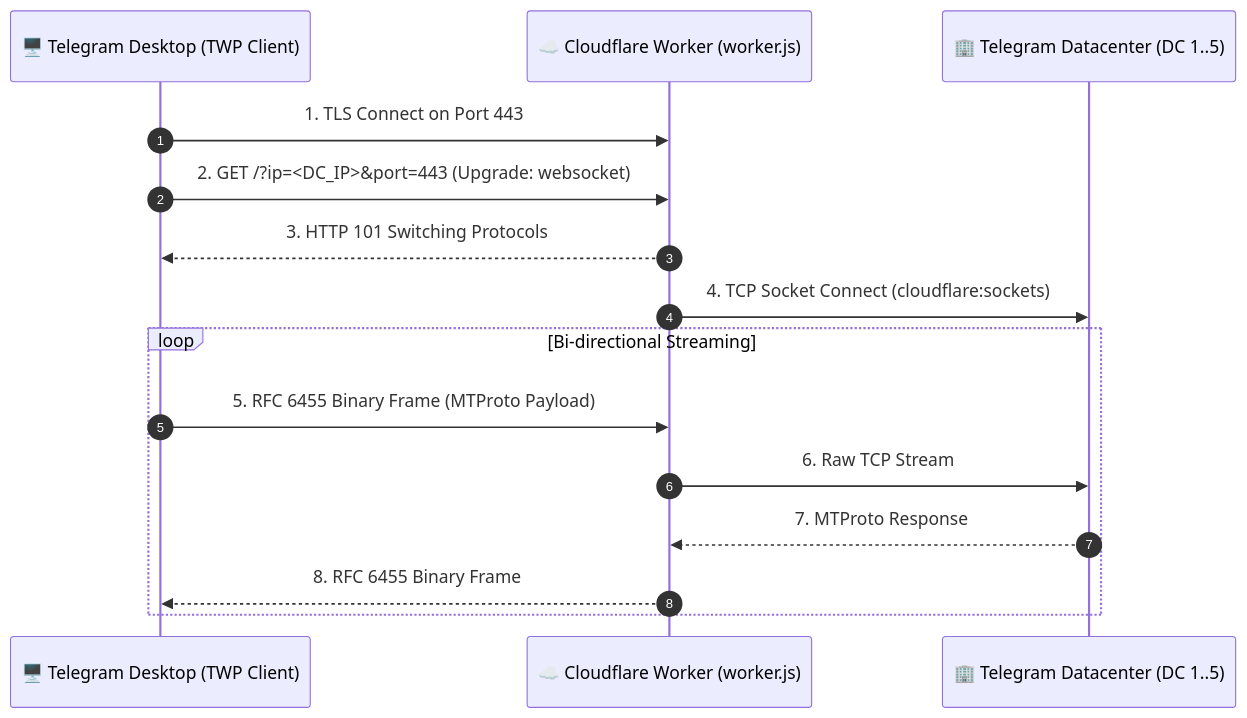
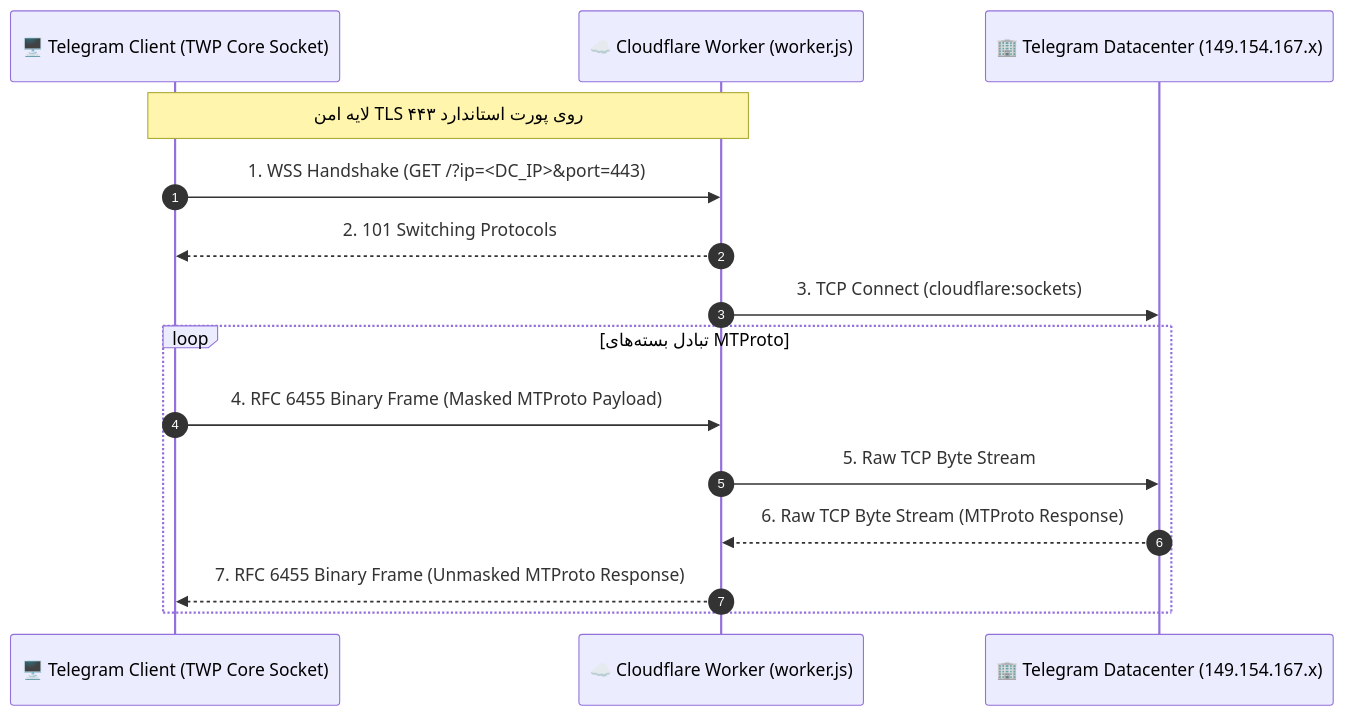
One commit to Qorvhex/TWP changed the diagram in README.md. Above: the diagram before and after it, drawn with Mermaid. The commit also changed other lines of this file, not shown here.

````diff
--- a/README.md
+++ b/README.md
@@ -33,18 +41,19 @@
 ```mermaid
 sequenceDiagram
     autonumber
-    participant Client as 🖥️ Telegram Desktop (TWP Client)
-    participant Cloudflare as ☁️ Cloudflare Worker (worker.js)
-    participant DC as 🏢 Telegram Datacenter (DC 1..5)
+    participant Client as 🖥️ Telegram Client (TWP Core Socket)
+    participant Worker as ☁️ Cloudflare Worker (worker.js)
+    participant DC as 🏢 Telegram Datacenter (149.154.167.x)
 
-    Client->>Cloudflare: 1. TLS Connect on Port 443
-    Client->>Cloudflare: 2. GET /?ip=<DC_IP>&port=443 (Upgrade: websocket)
-    Cloudflare-->>Client: 3. HTTP 101 Switching Protocols
-    Cloudflare->>DC: 4. TCP Socket Connect (cloudflare:sockets)
-    loop Bi-directional Streaming
-        Client->>Cloudflare: 5. RFC 6455 Binary Frame (MTProto Payload)
-        Cloudflare->>DC: 6. Raw TCP Stream
-        DC-->>Cloudflare: 7. MTProto Response
-        Cloudflare-->>Client: 8. RFC 6455 Binary Frame
+    Note over Client,Worker: لایه امن TLS روی پورت استاندارد ۴۴۳
+    Client->>Worker: 1. WSS Handshake (GET /?ip=<DC_IP>&port=443)
+    Worker-->>Client: 2. 101 Switching Protocols
+    Worker->>DC: 3. TCP Connect (cloudflare:sockets)
+    
+    loop تبادل بسته‌های MTProto
+        Client->>Worker: 4. RFC 6455 Binary Frame (Masked MTProto Payload)
+        Worker->>DC: 5. Raw TCP Byte Stream
+        DC-->>Worker: 6. Raw TCP Byte Stream (MTProto Response)
+        Worker-->>Client: 7. RFC 6455 Binary Frame (Unmasked MTProto Response)
     end
 ```
````
